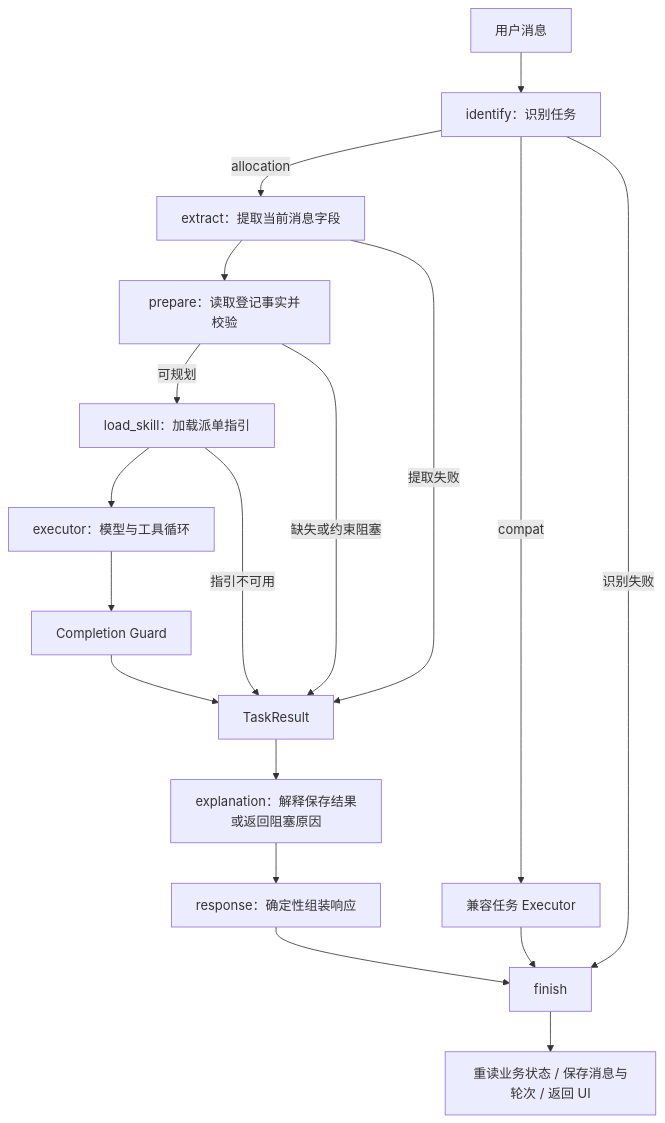
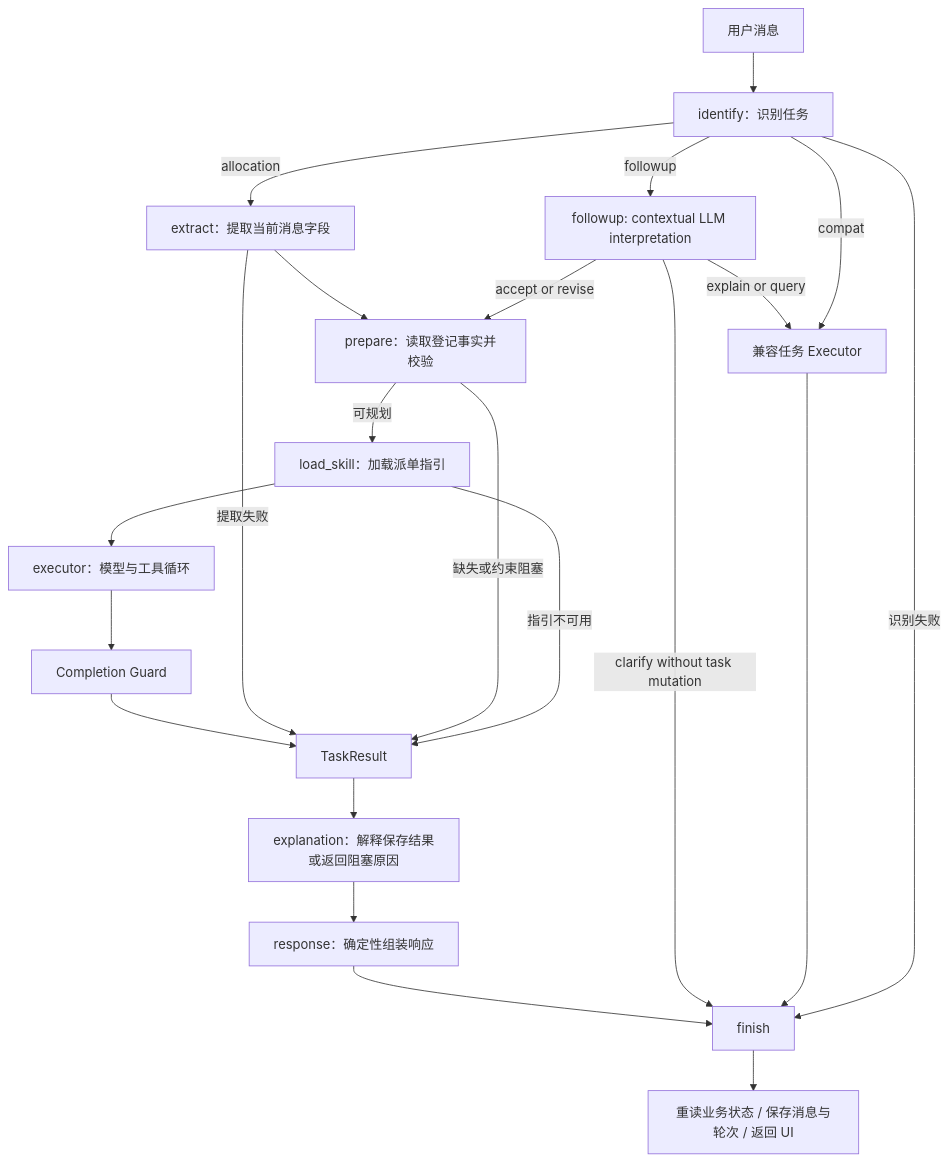
One commit to zh72640/dss5105_project changed the second of 3 diagrams in docs/current_architecture.md. Above: the diagram before and after it, drawn with Mermaid. The commit also changed other lines of this file and 28 other files, not shown here.

````diff
--- a/docs/current_architecture.md
+++ b/docs/current_architecture.md
@@ -100,20 +100,24 @@
 ```mermaid
 flowchart TD
     START[用户消息] --> I[identify：识别任务]
     I -->|allocation| E[extract：提取当前消息字段]
     E --> P[prepare：读取登记事实并校验]
     P -->|可规划| S[load_skill：加载派单指引]
     S --> X[executor：模型与工具循环]
     X --> G[Completion Guard]
     G --> R[TaskResult]
     E -->|提取失败| R
     P -->|缺失或约束阻塞| R
     S -->|指引不可用| R
     R --> EX[explanation：解释保存结果或返回阻塞原因]
     EX --> A[response：确定性组装响应]
     A --> F[finish]
+    I -->|followup| FU[followup: contextual LLM interpretation]
+    FU -->|accept or revise| P
+    FU -->|explain or query| C
+    FU -->|clarify without task mutation| F
     I -->|compat| C[兼容任务 Executor]
     C --> F
     I -->|识别失败| F
     F --> SAVE[重读业务状态 / 保存消息与轮次 / 返回 UI]
 ```
````
